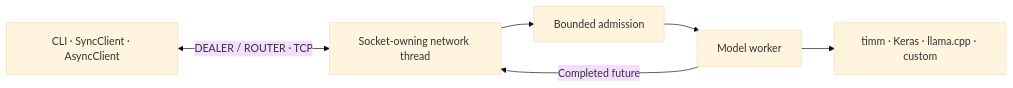
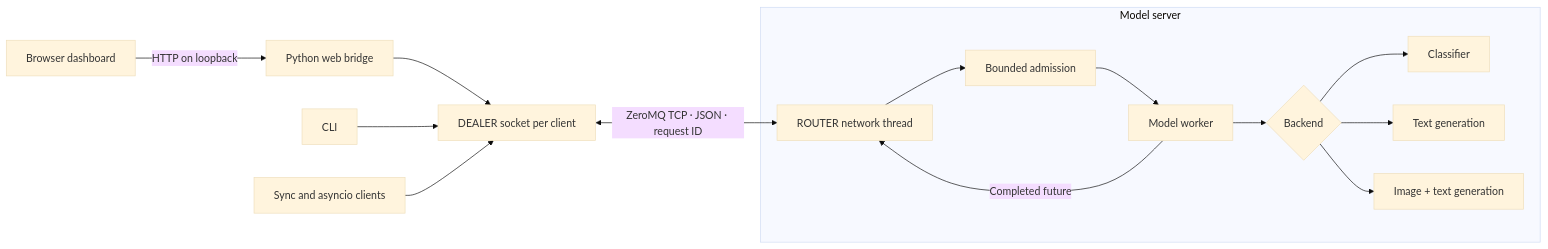
The diagram in README.md (jamal-saeedi/zmq-vision), drawn with Mermaid (base theme) before and after one commit. The commit also changed other lines of this file and 38 other files, not shown here.

Commit message:
feat: serve vision-language models with a local browser dashboard

````diff
--- a/README.md
+++ b/README.md
@@ -100,8 +113,17 @@
 ```mermaid
 flowchart LR
-    C["CLI · SyncClient · AsyncClient"] <-->|"DEALER / ROUTER · TCP"| R["Socket-owning network thread"]
-    R --> Q["Bounded admission"]
-    Q --> W["Model worker"]
-    W --> M["timm · Keras · llama.cpp · custom"]
-    W -->|"Completed future"| R
+    Browser["Browser dashboard"] -->|"HTTP on loopback"| Bridge["Python web bridge"]
+    Bridge --> D["DEALER socket per client"]
+    CLI["CLI"] --> D
+    Clients["Sync and asyncio clients"] --> D
+    D <-->|"ZeroMQ TCP · JSON · request ID"| Router["ROUTER network thread"]
+    subgraph Server["Model server"]
+        Router --> Admission["Bounded admission"]
+        Admission --> Worker["Model worker"]
+        Worker --> Model{"Backend"}
+        Model --> Classification["Classifier"]
+        Model --> LLM["Text generation"]
+        Model --> VLM["Image + text generation"]
+        Worker -->|"Completed future"| Router
+    end
 ```
````
